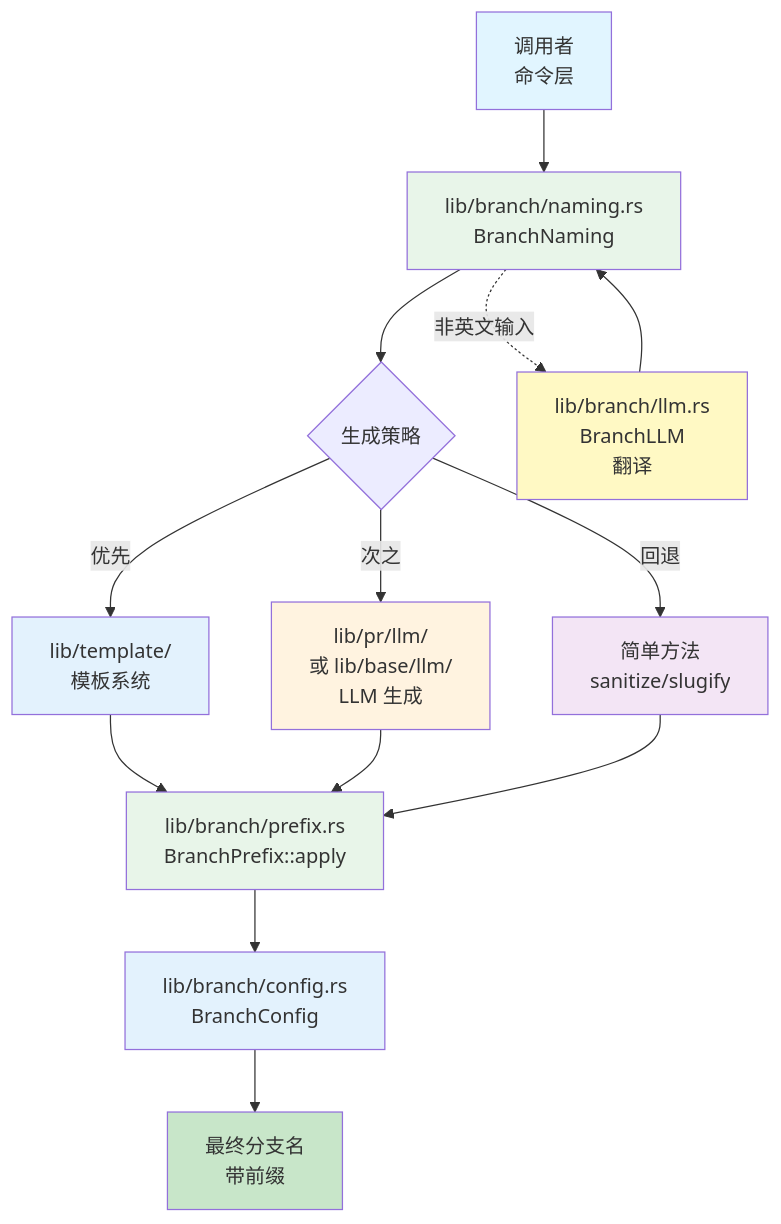
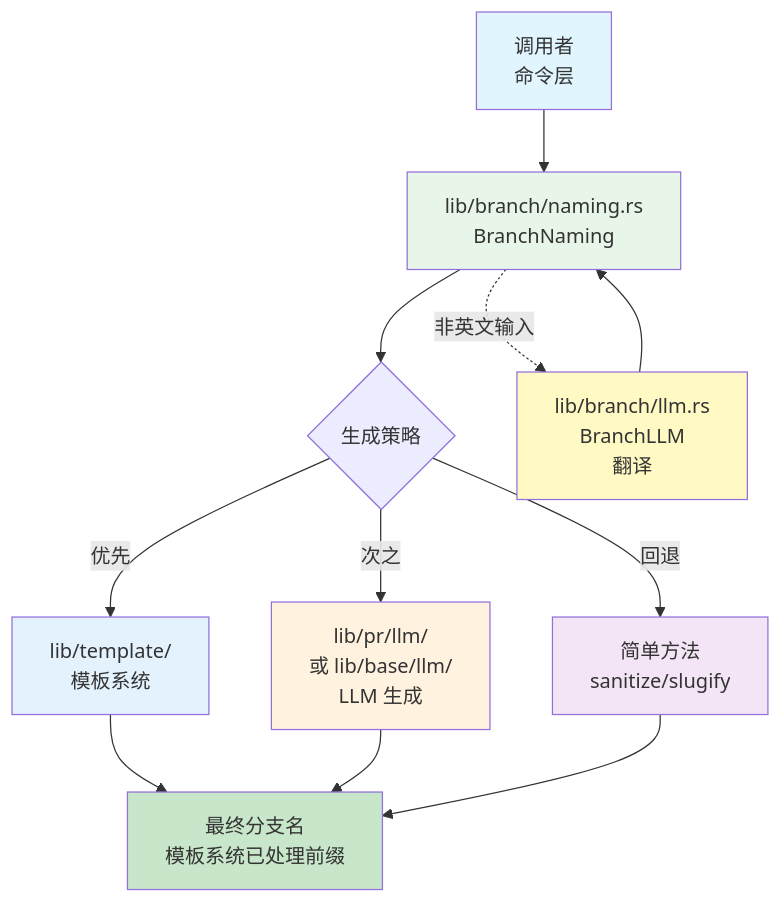
The first of 3 diagrams in docs/architecture/lib/BRANCH_ARCHITECTURE.md (zevwings/workflow.rs), drawn with Mermaid before and after one commit. The commit also changed other lines of this file and 58 other files, not shown here.

````diff
--- a/docs/architecture/lib/BRANCH_ARCHITECTURE.md
+++ b/docs/architecture/lib/BRANCH_ARCHITECTURE.md
@@ -262,29 +219,24 @@
 ```mermaid
 graph TB
     Caller[调用者<br/>命令层] --> Naming[lib/branch/naming.rs<br/>BranchNaming]
 
     Naming --> Strategy{生成策略}
     Strategy -->|优先| Template[lib/template/<br/>模板系统]
     Strategy -->|次之| LLM[lib/pr/llm/<br/>或 lib/base/llm/<br/>LLM 生成]
     Strategy -->|回退| Simple[简单方法<br/>sanitize/slugify]
 
-    Template --> Prefix[lib/branch/prefix.rs<br/>BranchPrefix::apply]
-    LLM --> Prefix
-    Simple --> Prefix
-
-    Prefix --> Config[lib/branch/config.rs<br/>BranchConfig]
-    Config --> Final[最终分支名<br/>带前缀]
+    Template --> Final[最终分支名<br/>模板系统已处理前缀]
+    LLM --> Final
+    Simple --> Final
 
     Naming -.->|非英文输入| BranchLLM[lib/branch/llm.rs<br/>BranchLLM<br/>翻译]
     BranchLLM --> Naming
 
     style Caller fill:#e1f5ff
     style Naming fill:#e8f5e9
     style Template fill:#e3f2fd
     style LLM fill:#fff3e0
     style Simple fill:#f3e5f5
-    style Prefix fill:#e8f5e9
-    style Config fill:#e3f2fd
     style Final fill:#c8e6c9
     style BranchLLM fill:#fff9c4
 ```
````
